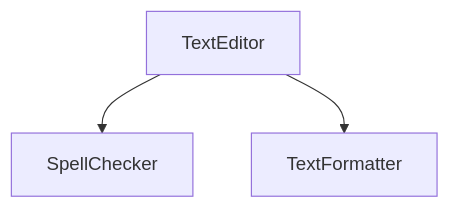
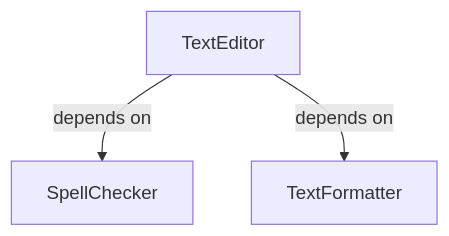
The first of 2 diagrams in src/main/kotlin/com/igorwojda/pattern/dependencyinjection/README.md (igorwojda/software-design-concepts), drawn with Mermaid before and after one commit. The commit also changed other lines of this file, not shown here.

Commit message:
Add depends on desc

````diff
--- a/src/main/kotlin/com/igorwojda/pattern/dependencyinjection/README.md
+++ b/src/main/kotlin/com/igorwojda/pattern/dependencyinjection/README.md
@@ -37,5 +37,5 @@
 ```mermaid
 graph TD;
-    TextEditor-->SpellChecker
-    TextEditor-->TextFormatter
+    TextEditor-->|depends on|SpellChecker
+    TextEditor-->|depends on|TextFormatter
 ```
````
